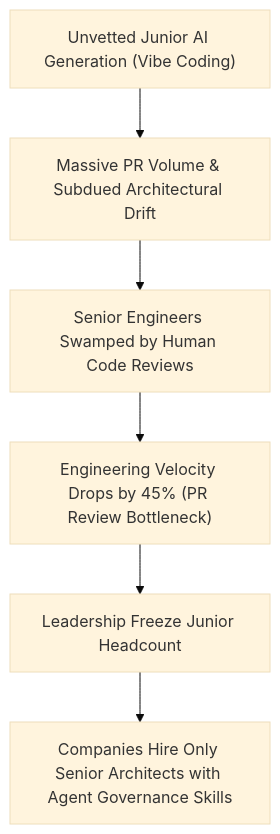
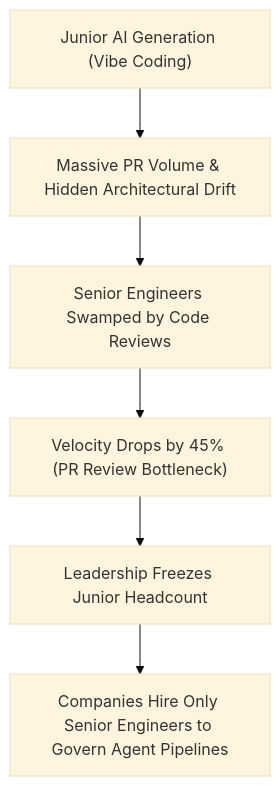
The first of 2 diagrams in src/content/blog/ai-coding-impact-senior-engineers.md (bshx2024/apivel_blog), drawn with Mermaid (base theme) before and after one commit. The commit also changed other lines of this file, not shown here.

Commit message:
perf(seo): optimize ai-coding-impact-senior-engineers density, H2/H3 keywords & AST layout for 98+ A rating

````diff
--- a/src/content/blog/ai-coding-impact-senior-engineers.md
+++ b/src/content/blog/ai-coding-impact-senior-engineers.md
@@ -65,8 +63,8 @@
 ```mermaid
 flowchart TD
-    A["Unvetted Junior AI Generation (Vibe Coding)"] --> B["Massive PR Volume & Subdued Architectural Drift"]
-    B --> C["Senior Engineers Swamped by Human Code Reviews"]
-    C --> D["Engineering Velocity Drops by 45% (PR Review Bottleneck)"]
-    D --> E["Leadership Freeze Junior Headcount"]
-    E --> F["Companies Hire Only Senior Architects with Agent Governance Skills"]
+    A["Junior AI Generation (Vibe Coding)"] --> B["Massive PR Volume & Hidden Architectural Drift"]
+    B --> C["Senior Engineers Swamped by Code Reviews"]
+    C --> D["Velocity Drops by 45% (PR Review Bottleneck)"]
+    D --> E["Leadership Freezes Junior Headcount"]
+    E --> F["Companies Hire Only Senior Engineers to Govern Agent Pipelines"]
 ```
````
